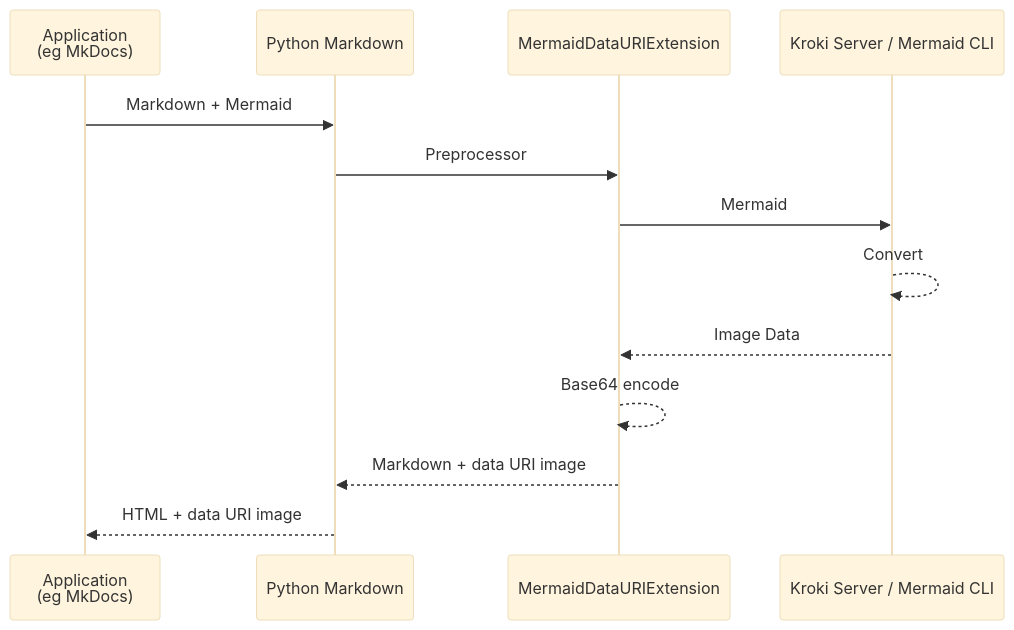
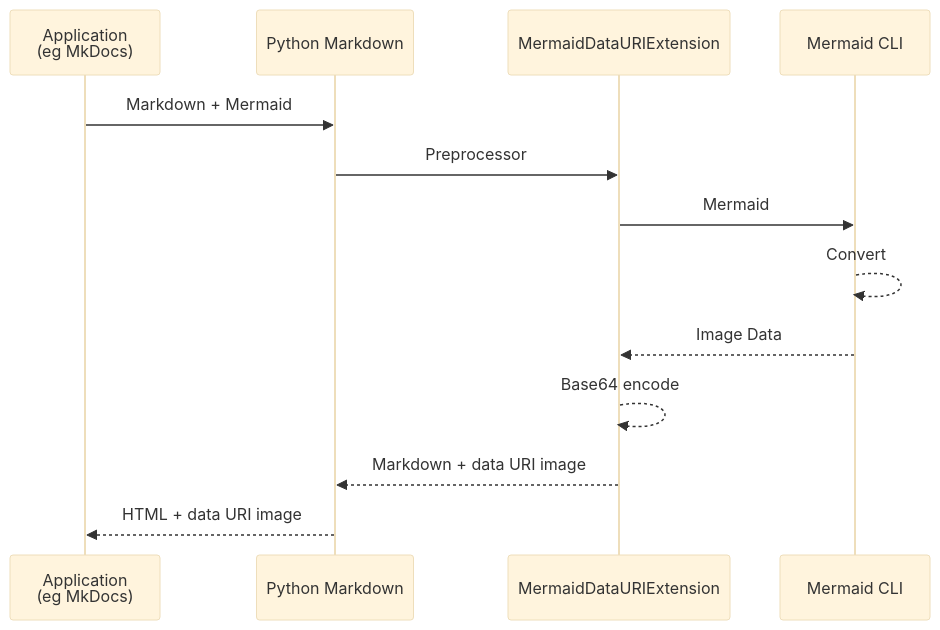
Before and after one commit to hkato/markdown-mermaid-cli: the diagram in README.md, drawn with Mermaid (base theme). The commit also changed other lines of this file and 6 other files, not shown here.

````diff
--- a/README.md
+++ b/README.md
@@ -101,16 +76,16 @@
 ```mermaid
 sequenceDiagram
     participant application as Application<br/>(eg MkDocs)
     participant markdown as Python Markdown
     participant extension as MermaidDataURIExtension
-    participant engine as Kroki Server / Mermaid CLI
+    participant engine as Mermaid CLI
 
     application->>markdown: Markdown + Mermaid
     markdown->>extension: Preprocessor
     extension->>engine: Mermaid
     engine-->>engine: Convert
     engine-->>extension: Image Data
     extension-->>extension: Base64 encode
     extension-->>markdown: Markdown + data URI image
     markdown-->>application: HTML + data URI image
 ```
````
